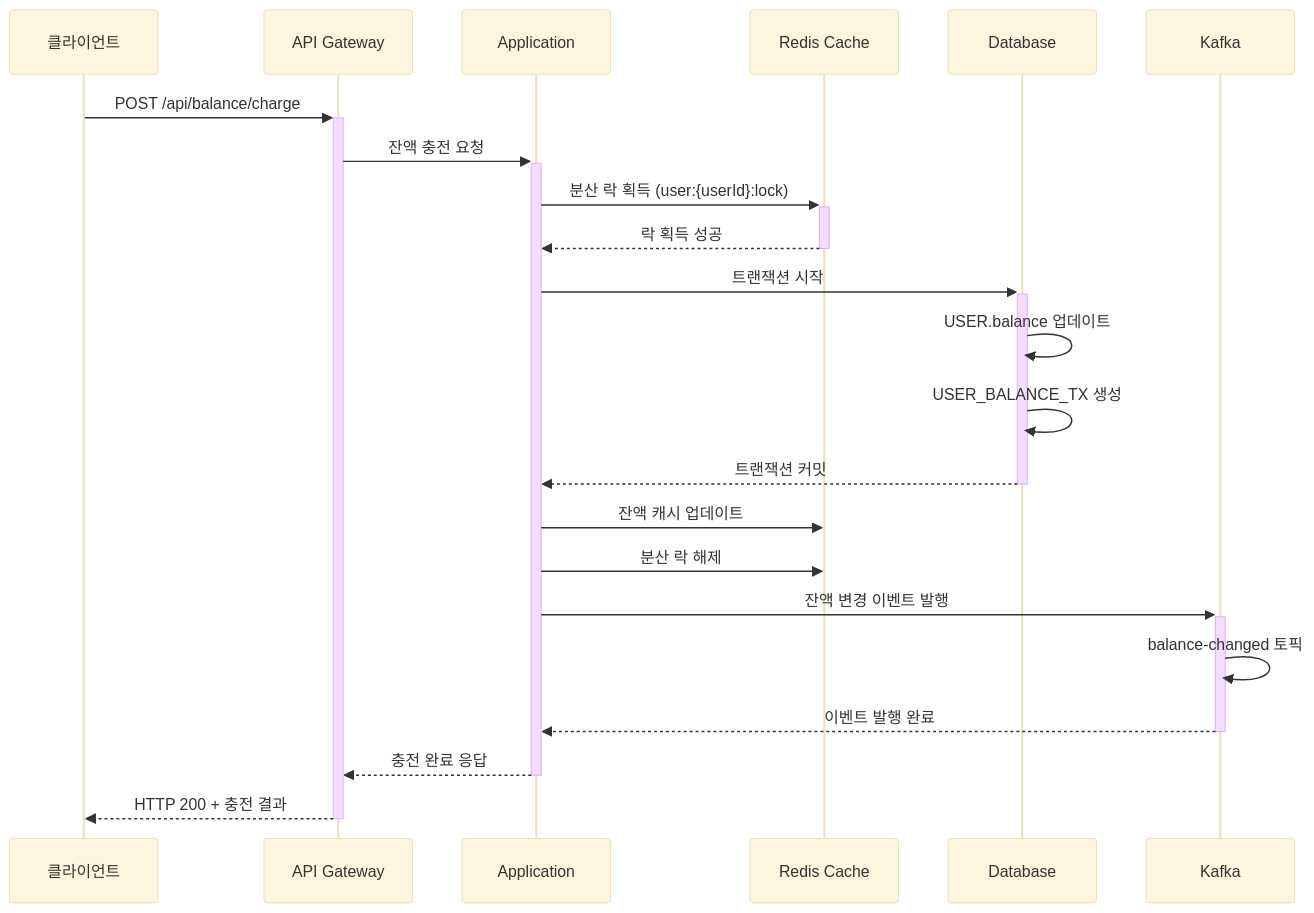
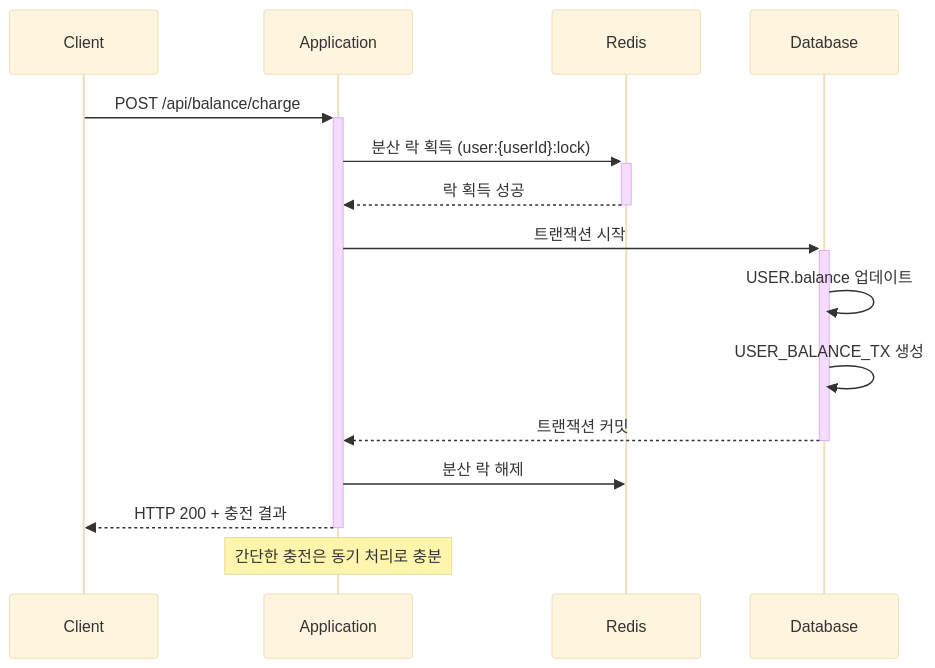
One commit to yuni02/hhplus-ecommerce changed the second of 11 diagrams in docs/sequence_diagram.md. Above: the diagram before and after it, drawn with Mermaid (base theme). The commit also changed other lines of this file, not shown here.

First line of the commit message:
fix: sequence 다이어그램 수정

````diff
--- a/docs/sequence_diagram.md
+++ b/docs/sequence_diagram.md
@@ -24,30 +21,21 @@
 ```mermaid
 sequenceDiagram
-    participant Client as 클라이언트
-    participant API as API Gateway
+    participant Client as Client
     participant App as Application
-    participant Redis as Redis Cache
+    participant Redis as Redis
     participant DB as Database
-    participant Kafka as Kafka
 
-    Client->>+API: POST /api/balance/charge
-    API->>+App: 잔액 충전 요청
-
+    Client->>+App: POST /api/balance/charge
     App->>+Redis: 분산 락 획득 (user:{userId}:lock)
     Redis-->>-App: 락 획득 성공
 
     App->>+DB: 트랜잭션 시작
     DB->>DB: USER.balance 업데이트
     DB->>DB: USER_BALANCE_TX 생성
     DB-->>-App: 트랜잭션 커밋
 
-    App->>Redis: 잔액 캐시 업데이트
     App->>Redis: 분산 락 해제
+    App-->>-Client: HTTP 200 + 충전 결과
 
-    App->>+Kafka: 잔액 변경 이벤트 발행
-    Kafka->>Kafka: balance-changed 토픽
-    Kafka-->>-App: 이벤트 발행 완료
-
-    App-->>-API: 충전 완료 응답
-    API-->>-Client: HTTP 200 + 충전 결과
+    Note over App: 간단한 충전은 동기 처리로 충분
 ```
````
